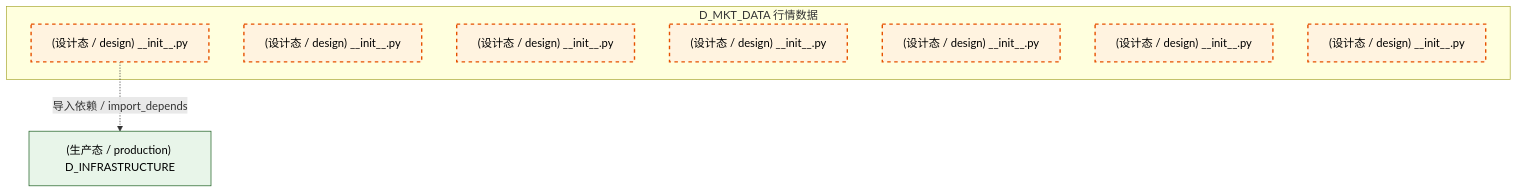
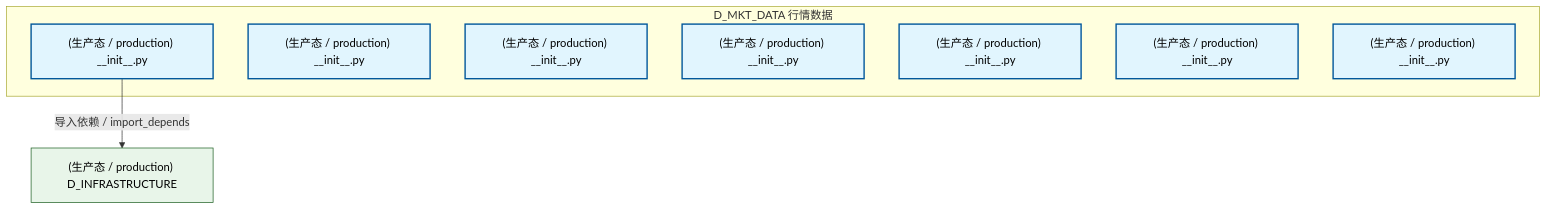
Before and after one commit to xuanFelixVan/ZephyrAlpha: the second of 3 diagrams in docs/02_enterprise_architecture/02_domain_architecture_docs/20_d_mkt_data.md, drawn with Mermaid. The commit also changed other lines of this file and 128 other files, not shown here.

````diff
--- a/docs/02_enterprise_architecture/02_domain_architecture_docs/20_d_mkt_data.md
+++ b/docs/02_enterprise_architecture/02_domain_architecture_docs/20_d_mkt_data.md
@@ -120,20 +92,20 @@
 ```mermaid
 graph TD
     subgraph D_MKT_DATA["D_MKT_DATA 行情数据"]
-        src_zephyr_market_data_init_py["(设计态 / design) __init__.py"]
-        src_zephyr_market_data_extensions_init_py["(设计态 / design) __init__.py"]
-        src_zephyr_market_data_api_init_py["(设计态 / design) __init__.py"]
-        src_zephyr_market_data_core_init_py["(设计态 / design) __init__.py"]
-        src_zephyr_market_data_infrastructure_init_py["(设计态 / design) __init__.py"]
-        src_zephyr_market_data_models_init_py["(设计态 / design) __init__.py"]
-        src_zephyr_market_data_services_init_py["(设计态 / design) __init__.py"]
+        src_zephyr_market_data_init_py["(生产态 / production) __init__.py"]
+        src_zephyr_market_data_extensions_init_py["(生产态 / production) __init__.py"]
+        src_zephyr_market_data_api_init_py["(生产态 / production) __init__.py"]
+        src_zephyr_market_data_core_init_py["(生产态 / production) __init__.py"]
+        src_zephyr_market_data_infrastructure_init_py["(生产态 / production) __init__.py"]
+        src_zephyr_market_data_models_init_py["(生产态 / production) __init__.py"]
+        src_zephyr_market_data_services_init_py["(生产态 / production) __init__.py"]
     end
     D_INFRASTRUCTURE["(生产态 / production) D_INFRASTRUCTURE"]
-    src_zephyr_market_data_init_py -.->|导入依赖 / import_depends| D_INFRASTRUCTURE
+    src_zephyr_market_data_init_py -->|导入依赖 / import_depends| D_INFRASTRUCTURE
     classDef production fill:#e1f5fe,stroke:#01579b,stroke-width:2px,color:#000
     classDef design fill:#fff3e0,stroke:#e65100,stroke-width:2px,color:#000,stroke-dasharray: 5 5
     classDef external_prod fill:#e8f5e9,stroke:#1b5e20,stroke-width:1px,color:#000
     classDef external_design fill:#fce4ec,stroke:#880e4f,stroke-width:1px,color:#000,stroke-dasharray: 5 5
-    class src_zephyr_market_data_init_py,src_zephyr_market_data_extensions_init_py,src_zephyr_market_data_api_init_py,src_zephyr_market_data_core_init_py,src_zephyr_market_data_infrastructure_init_py,src_zephyr_market_data_models_init_py,src_zephyr_market_data_services_init_py design
+    class src_zephyr_market_data_init_py,src_zephyr_market_data_extensions_init_py,src_zephyr_market_data_api_init_py,src_zephyr_market_data_core_init_py,src_zephyr_market_data_infrastructure_init_py,src_zephyr_market_data_models_init_py,src_zephyr_market_data_services_init_py production
     class D_INFRASTRUCTURE external_prod
 ```
````
